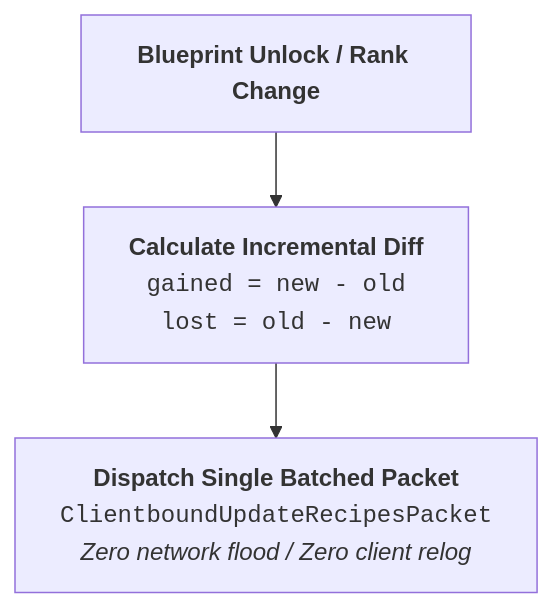
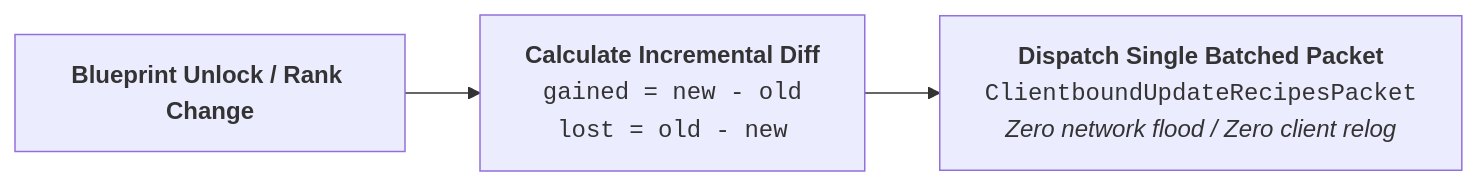
The second of 2 diagrams in docs/mechanics/previews-and-recipe-book.md (XZtotal/CraftingBlueprints-Wiki), drawn with Mermaid before and after one commit. The commit also changed 15 other files, not shown here.

Commit message:
style(docs): center diagrams, widen linear flows, reduce font size, and set table padding to 0.5rem

````diff
--- a/docs/mechanics/previews-and-recipe-book.md
+++ b/docs/mechanics/previews-and-recipe-book.md
@@ -85,8 +85,8 @@
 ```mermaid
-flowchart TD
+flowchart LR
     Event["<b>Blueprint Unlock / Rank Change</b>"]
     Diff["<b>Calculate Incremental Diff</b><br/><code>gained = new - old</code><br/><code>lost = old - new</code>"]
     Packet["<b>Dispatch Single Batched Packet</b><br/><code>ClientboundUpdateRecipesPacket</code><br/><i>Zero network flood / Zero client relog</i>"]
 
     Event --> Diff --> Packet
 ```
````
